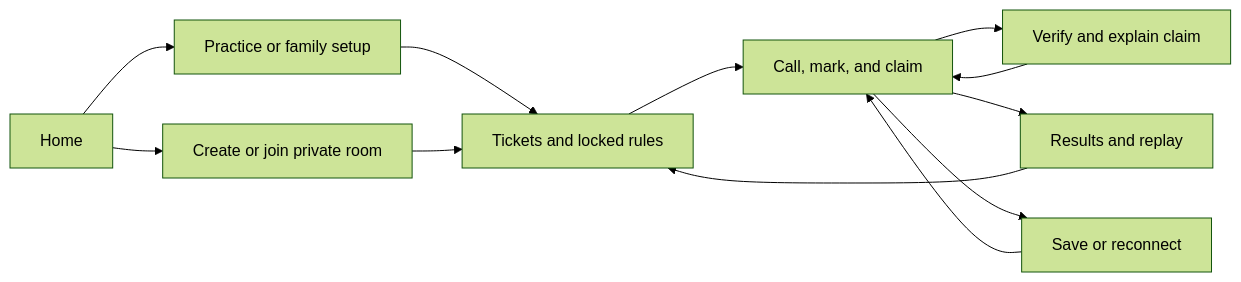
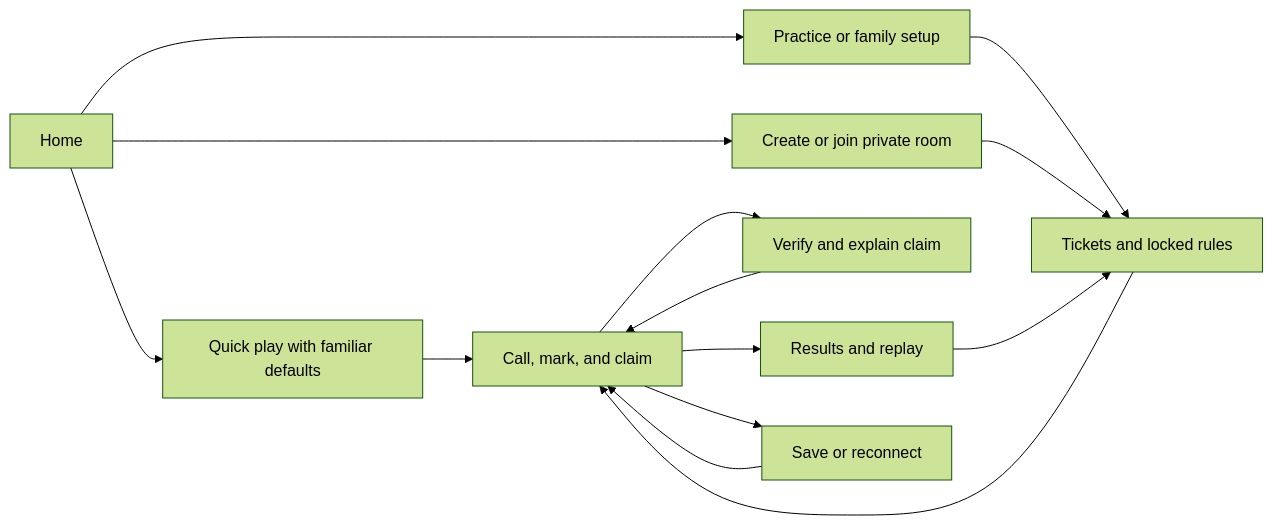
Before and after one commit to sbshrey/tambola-caller: the diagram in docs/FULL_GAME_PLAN.md, drawn with Mermaid (forest theme). The commit also changed other lines of this file and 14 other files, not shown here.

````diff
--- a/docs/FULL_GAME_PLAN.md
+++ b/docs/FULL_GAME_PLAN.md
@@ -65,14 +65,16 @@
 ```mermaid
 flowchart LR
+    Home --> Quick[Quick play with familiar defaults]
+    Quick --> Game
     Home --> Setup[Practice or family setup]
     Home --> Lobby[Create or join private room]
     Setup --> Deal[Tickets and locked rules]
     Lobby --> Deal
     Deal --> Game[Call, mark, and claim]
     Game --> Verify[Verify and explain claim]
     Verify --> Game
     Game --> Results[Results and replay]
     Results --> Deal
     Game --> Resume[Save or reconnect]
     Resume --> Game
 ```
````
